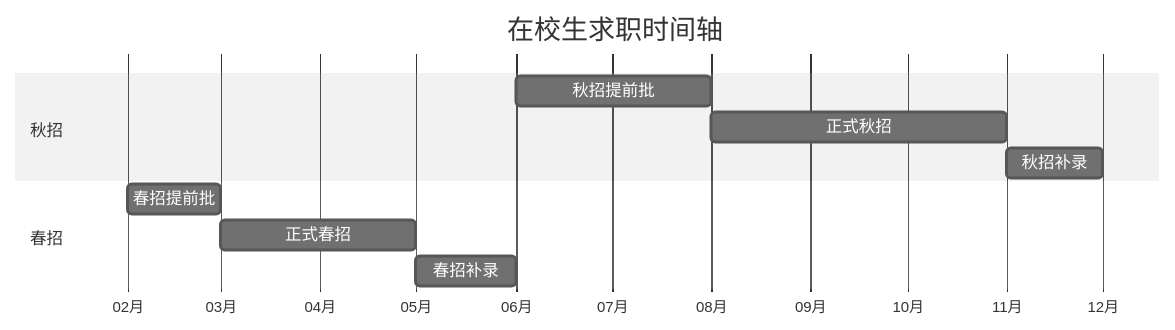
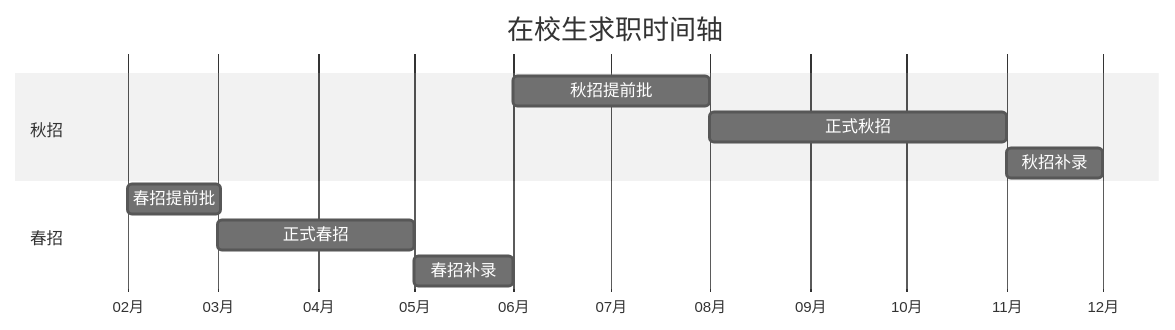
The diagram in docs/Job/1.求职指南/1.准备简历.md (XingJi-love/Blog-Plume), drawn with Mermaid (neutral theme) before and after one commit.

Commit message:
更新相关求职内容

````diff
--- a/docs/Job/1.求职指南/1.准备简历.md
+++ b/docs/Job/1.求职指南/1.准备简历.md
@@ -19,17 +19,17 @@
 ```mermaid
 %%{init: { "gantt": { "useWidth": 800 } } }%%
 gantt
     title 在校生求职时间轴
     dateFormat  YYYY-MM-DD
     axisFormat %m月
     
     section 秋招
-    秋招提前批      : 2024-06-01, 61d
-    正式秋招      : 2024-08-01, 92d
-    秋招补录      : 2024-11-01, 30d
+    秋招提前批      : 2026-06-01, 61d
+    正式秋招      : 2026-08-01, 92d
+    秋招补录      : 2026-11-01, 30d
     
     section 春招
-    春招提前批      : 2024-02-01, 29d
-    正式春招      : 2024-03-01, 61d
-    春招补录      : 2024-05-01, 31d
+    春招提前批      : 2026-02-01, 29d
+    正式春招      : 2026-03-01, 61d
+    春招补录      : 2026-05-01, 31d
 ```
````
